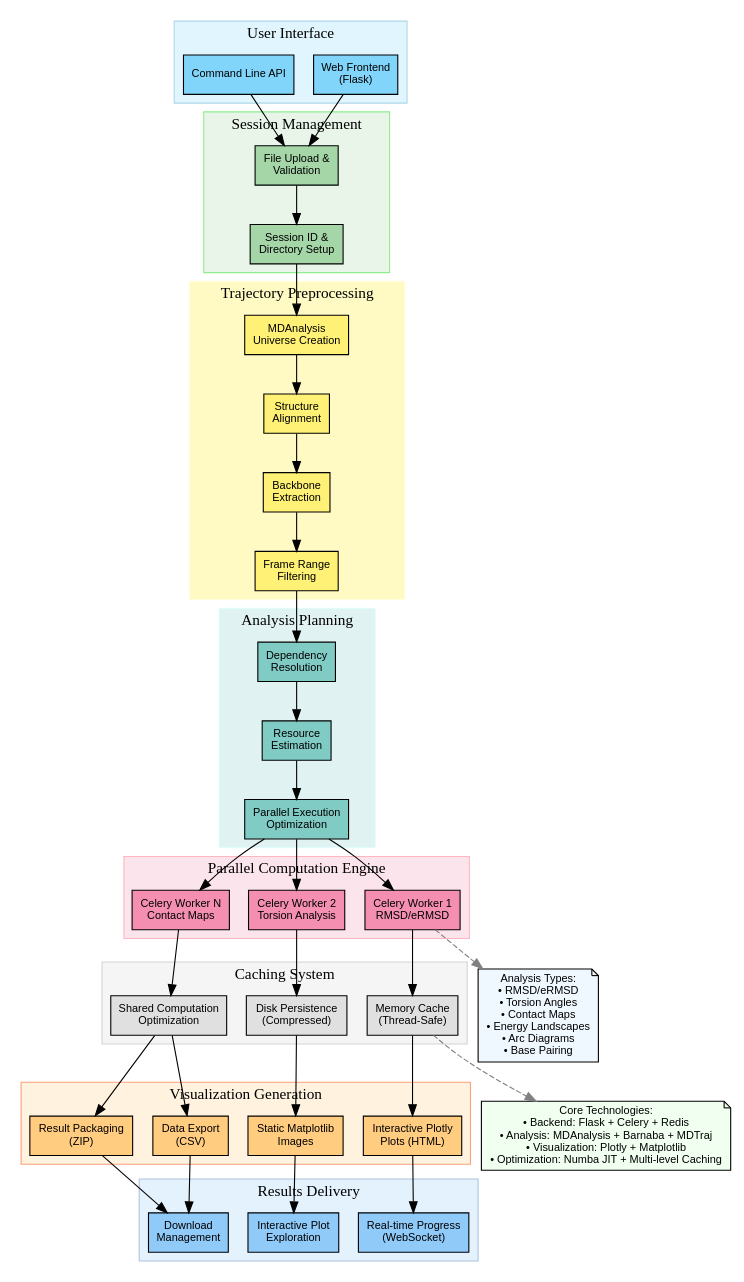
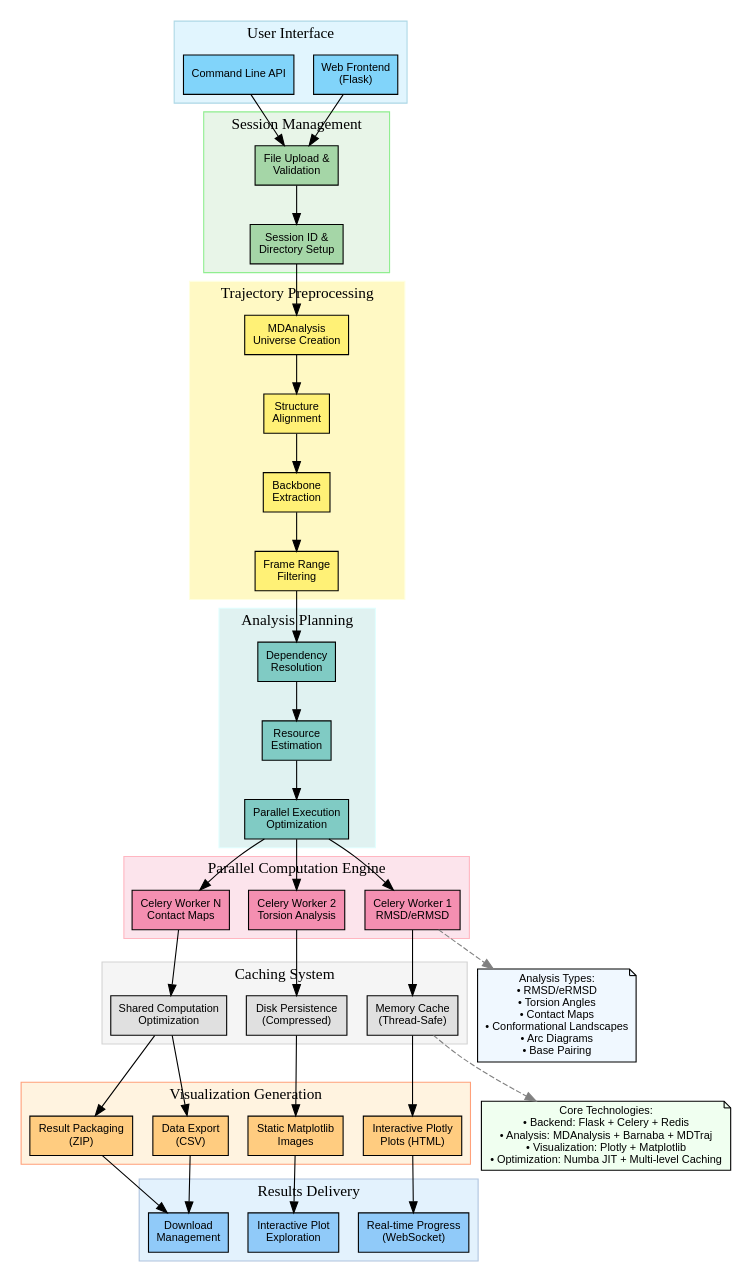
One commit to louismeuret/ARNy_Plotter changed the diagram in docs/diagrams/ARNy_Plotter_Workflow.dot. Above: the diagram before and after it, drawn with Graphviz. The commit also changed 53 other files, not shown here.

```diff
--- a/docs/diagrams/ARNy_Plotter_Workflow.dot
+++ b/docs/diagrams/ARNy_Plotter_Workflow.dot
@@ -1,130 +1,130 @@
 digraph ARNy_Plotter_Workflow {
     rankdir=TB;
     node [fontname="Arial", fontsize=10, shape=box, style=filled];
     edge [fontname="Arial", fontsize=8];
     
     // Styling
     subgraph cluster_ui {
         label="User Interface";
         style=filled;
         color=lightblue;
         fillcolor="#e1f5fe";
         
         web_frontend [label="Web Frontend\n(Flask)", fillcolor="#81d4fa"];
         cli_api [label="Command Line API", fillcolor="#81d4fa"];
     }
     
     subgraph cluster_session {
         label="Session Management";
         style=filled;
         color=lightgreen;
         fillcolor="#e8f5e8";
         
         file_upload [label="File Upload &\nValidation", fillcolor="#a5d6a7"];
         session_setup [label="Session ID &\nDirectory Setup", fillcolor="#a5d6a7"];
     }
     
     subgraph cluster_preproc {
         label="Trajectory Preprocessing";
         style=filled;
         color=lightyellow;
         fillcolor="#fff9c4";
         
         mdanalysis [label="MDAnalysis\nUniverse Creation", fillcolor="#fff176"];
         alignment [label="Structure\nAlignment", fillcolor="#fff176"];
         backbone [label="Backbone\nExtraction", fillcolor="#fff176"];
         filtering [label="Frame Range\nFiltering", fillcolor="#fff176"];
     }
     
     subgraph cluster_planning {
         label="Analysis Planning";
         style=filled;
         color=lightcyan;
         fillcolor="#e0f2f1";
         
         dependencies [label="Dependency\nResolution", fillcolor="#80cbc4"];
         resources [label="Resource\nEstimation", fillcolor="#80cbc4"];
         optimization [label="Parallel Execution\nOptimization", fillcolor="#80cbc4"];
     }
     
     subgraph cluster_compute {
         label="Parallel Computation Engine";
         style=filled;
         color=lightpink;
         fillcolor="#fce4ec";
         
         worker1 [label="Celery Worker 1\nRMSD/eRMSD", fillcolor="#f48fb1"];
         worker2 [label="Celery Worker 2\nTorsion Analysis", fillcolor="#f48fb1"];
         workern [label="Celery Worker N\nContact Maps", fillcolor="#f48fb1"];
     }
     
     subgraph cluster_cache {
         label="Caching System";
         style=filled;
         color=lightgray;
         fillcolor="#f5f5f5";
         
         memory_cache [label="Memory Cache\n(Thread-Safe)", fillcolor="#e0e0e0"];
         disk_cache [label="Disk Persistence\n(Compressed)", fillcolor="#e0e0e0"];
         shared_cache [label="Shared Computation\nOptimization", fillcolor="#e0e0e0"];
     }
     
     subgraph cluster_visual {
         label="Visualization Generation";
         style=filled;
         color=lightsalmon;
         fillcolor="#fff3e0";
         
         plotly [label="Interactive Plotly\nPlots (HTML)", fillcolor="#ffcc80"];
         matplotlib [label="Static Matplotlib\nImages", fillcolor="#ffcc80"];
         export [label="Data Export\n(CSV)", fillcolor="#ffcc80"];
         package [label="Result Packaging\n(ZIP)", fillcolor="#ffcc80"];
     }
     
     subgraph cluster_results {
         label="Results Delivery";
         style=filled;
         color=lightsteelblue;
         fillcolor="#e3f2fd";
         
         progress [label="Real-time Progress\n(WebSocket)", fillcolor="#90caf9"];
         explore [label="Interactive Plot\nExploration", fillcolor="#90caf9"];
         download [label="Download\nManagement", fillcolor="#90caf9"];
     }
     
     // Analysis Types (side note)
-    analysis_types [label="Analysis Types:\n• RMSD/eRMSD\n• Torsion Angles\n• Contact Maps\n• Energy Landscapes\n• Arc Diagrams\n• Base Pairing", shape=note, fillcolor="#f0f8ff"];
+    analysis_types [label="Analysis Types:\n• RMSD/eRMSD\n• Torsion Angles\n• Contact Maps\n• Conformational Landscapes\n• Arc Diagrams\n• Base Pairing", shape=note, fillcolor="#f0f8ff"];
     
     // Core Technologies (side note)
     technologies [label="Core Technologies:\n• Backend: Flask + Celery + Redis\n• Analysis: MDAnalysis + Barnaba + MDTraj\n• Visualization: Plotly + Matplotlib\n• Optimization: Numba JIT + Multi-level Caching", shape=note, fillcolor="#f0fff0"];
     
     // Main workflow connections
     web_frontend -> file_upload;
     cli_api -> file_upload;
     file_upload -> session_setup;
     session_setup -> mdanalysis;
     mdanalysis -> alignment;
     alignment -> backbone;
     backbone -> filtering;
     filtering -> dependencies;
     dependencies -> resources;
     resources -> optimization;
     optimization -> worker1;
     optimization -> worker2;
     optimization -> workern;
     worker1 -> memory_cache;
     worker2 -> disk_cache;
     workern -> shared_cache;
     memory_cache -> plotly;
     disk_cache -> matplotlib;
     shared_cache -> export;
     shared_cache -> package;
     plotly -> progress;
     matplotlib -> explore;
     export -> download;
     package -> download;
     
     // Side connections
     worker1 -> analysis_types [style=dashed, color=gray];
     memory_cache -> technologies [style=dashed, color=gray];
 }
```
